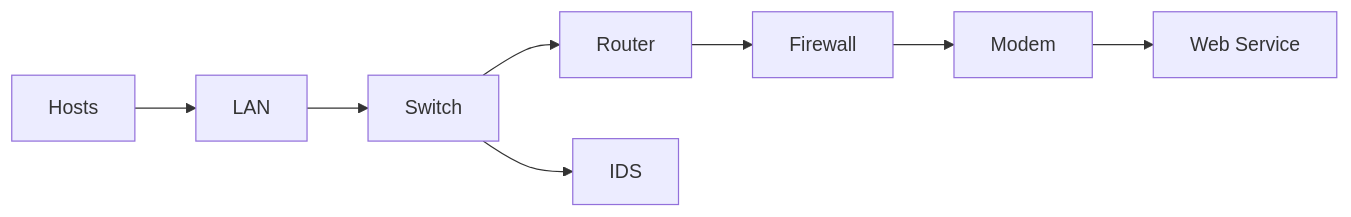
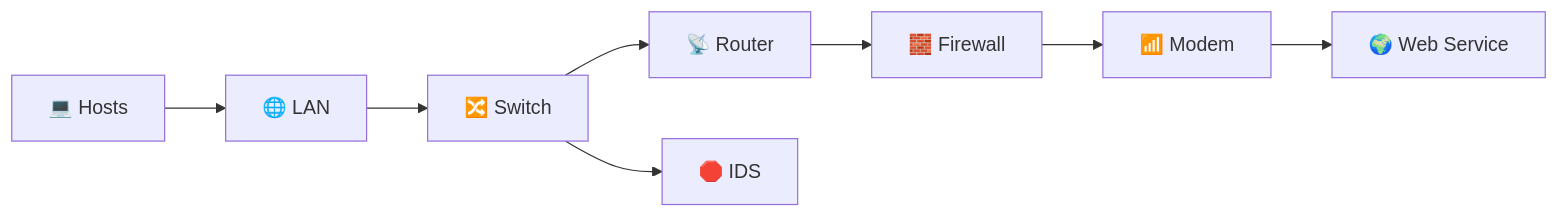
Before and after one commit to Aaronk41/Cybersecurity-EEP: the diagram in week8/IDS.mmd, drawn with Mermaid. The commit also changed other lines of this file, not shown here.

```diff
--- a/week8/IDS.mmd
+++ b/week8/IDS.mmd
@@ -1,8 +1,8 @@
 graph LR
-    A[Hosts] --> B[LAN]
-    B --> C[Switch]
-    C --> D[Router]
-    C --> G[IDS]
-    D --> E[Firewall]
-    E --> F[Modem]
-    F --> H[Web Service]
+    A[💻 Hosts] --> B[🌐 LAN]
+    B --> C[🔀 Switch]
+    C --> D[📡 Router]
+    C --> G[🛑 IDS]
+    D --> E[🧱 Firewall]
+    E --> F[📶 Modem]
+    F --> H[🌍 Web Service]
```
